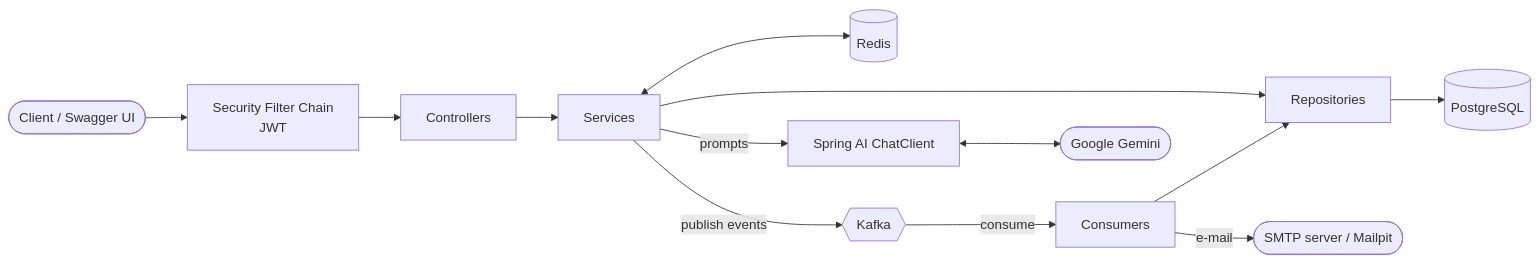
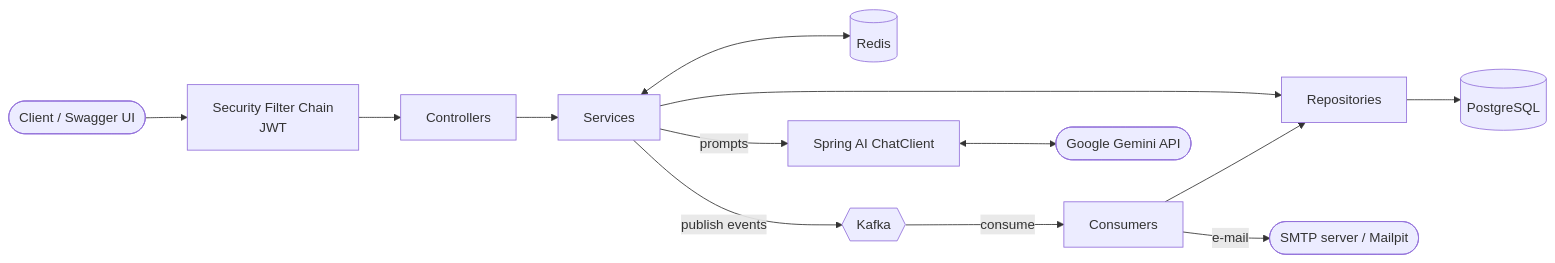
The diagram in README.md (efeerturk7/intelliCar), drawn with Mermaid before and after one commit. The commit also changed other lines of this file and 22 other files, not shown here.

````diff
--- a/README.md
+++ b/README.md
@@ -111,15 +111,15 @@
 ```mermaid
 flowchart LR
     Client([Client / Swagger UI]) --> Sec[Security Filter Chain<br/>JWT]
     Sec --> C[Controllers]
     C --> S[Services]
     S --> R[Repositories]
     R --> DB[(PostgreSQL)]
     S <--> Cache[(Redis)]
     S -- publish events --> K{{Kafka}}
     K -- consume --> CO[Consumers]
     CO --> R
     CO -- e-mail --> SMTP([SMTP server / Mailpit])
     S -- prompts --> AI[Spring AI ChatClient]
-    AI <--> G([Google Gemini])
+    AI <--> G([Google Gemini API])
 ```
````
